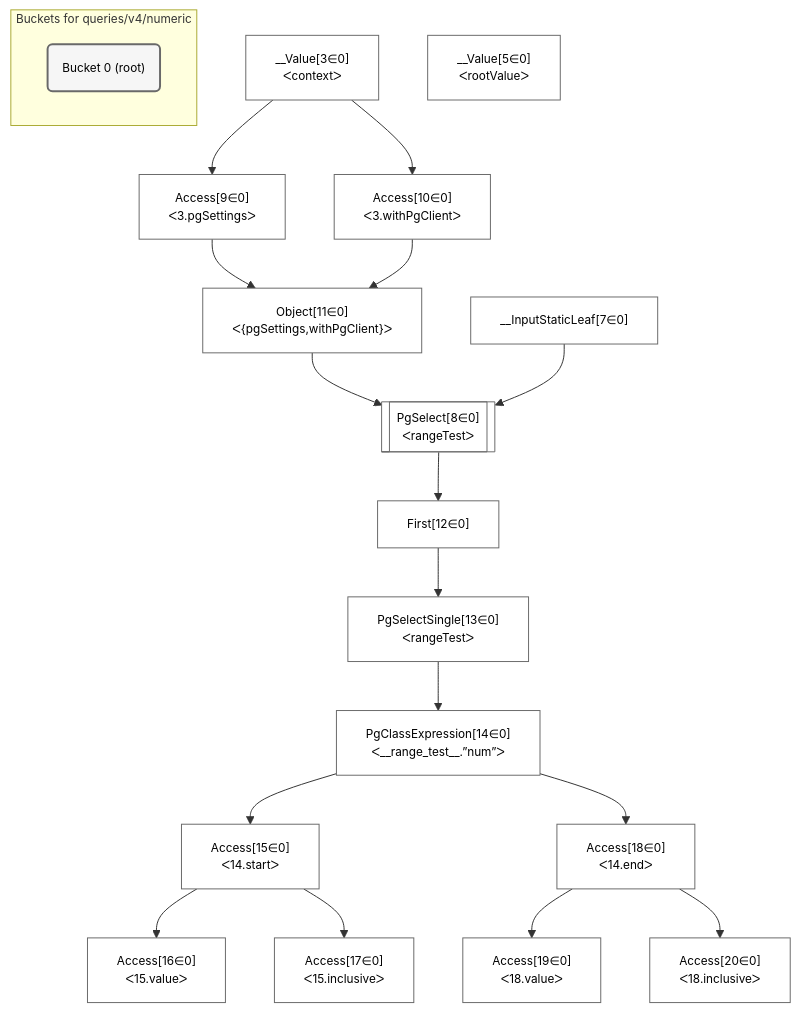
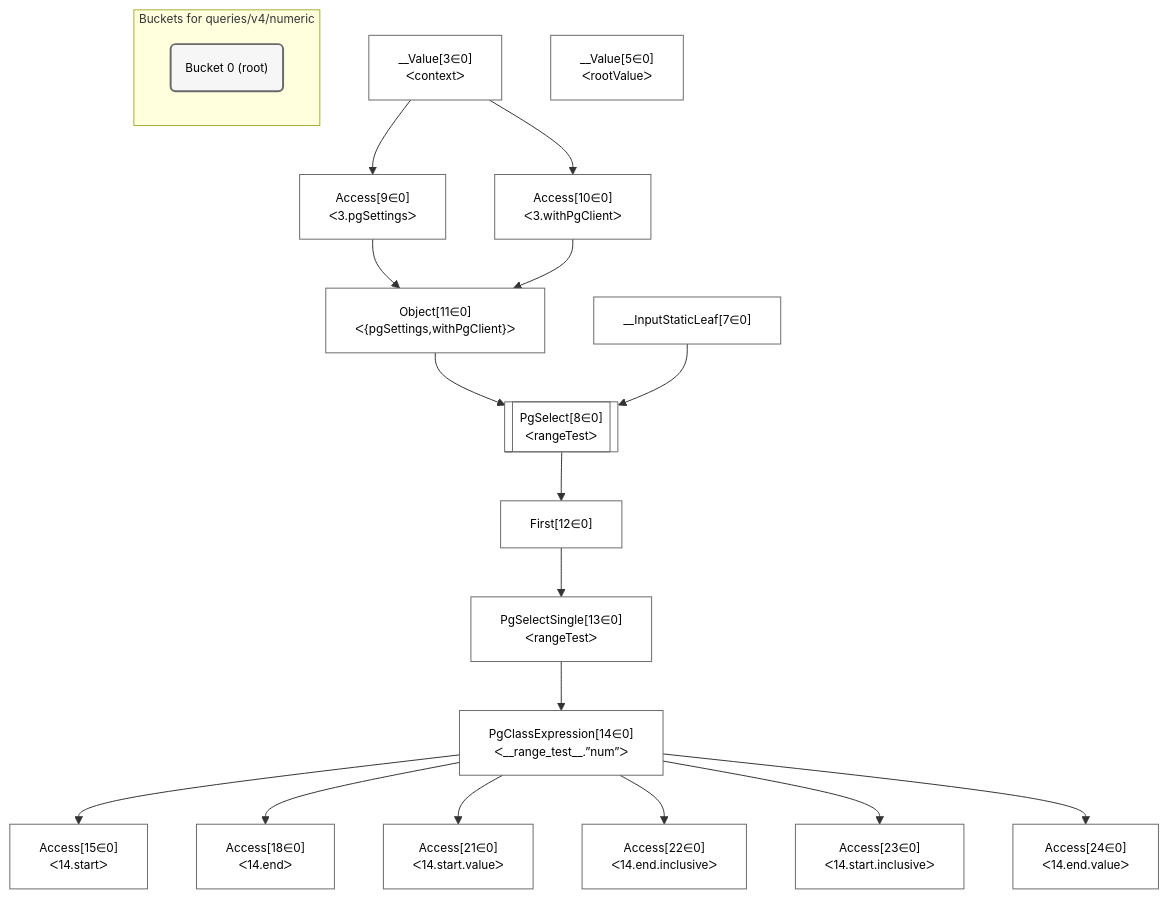
The diagram in postgraphile/postgraphile/__tests__/queries/v4/numeric.mermaid (graphile/crystal), drawn with Mermaid before and after one commit. The commit also changed 11 other files, not shown here.

Commit message:
Update mermaid plans

```diff
--- a/postgraphile/postgraphile/__tests__/queries/v4/numeric.mermaid
+++ b/postgraphile/postgraphile/__tests__/queries/v4/numeric.mermaid
@@ -1,47 +1,47 @@
 %%{init: {'themeVariables': { 'fontSize': '12px'}}}%%
 graph TD
     classDef path fill:#eee,stroke:#000,color:#000
     classDef plan fill:#fff,stroke-width:1px,color:#000
     classDef itemplan fill:#fff,stroke-width:2px,color:#000
     classDef sideeffectplan fill:#f00,stroke-width:2px,color:#000
     classDef bucket fill:#f6f6f6,color:#000,stroke-width:2px,text-align:left
 
 
     %% define steps
     __Value3["__Value[3∈0]<br />ᐸcontextᐳ"]:::plan
     __Value5["__Value[5∈0]<br />ᐸrootValueᐳ"]:::plan
     __InputStaticLeaf7["__InputStaticLeaf[7∈0]"]:::plan
     Access9["Access[9∈0]<br />ᐸ3.pgSettingsᐳ"]:::plan
     Access10["Access[10∈0]<br />ᐸ3.withPgClientᐳ"]:::plan
     Object11["Object[11∈0]<br />ᐸ{pgSettings,withPgClient}ᐳ"]:::plan
     PgSelect8[["PgSelect[8∈0]<br />ᐸrangeTestᐳ"]]:::plan
     First12["First[12∈0]"]:::plan
     PgSelectSingle13["PgSelectSingle[13∈0]<br />ᐸrangeTestᐳ"]:::plan
     PgClassExpression14["PgClassExpression[14∈0]<br />ᐸ__range_test__.”num”ᐳ"]:::plan
     Access15["Access[15∈0]<br />ᐸ14.startᐳ"]:::plan
-    Access16["Access[16∈0]<br />ᐸ15.valueᐳ"]:::plan
-    Access17["Access[17∈0]<br />ᐸ15.inclusiveᐳ"]:::plan
     Access18["Access[18∈0]<br />ᐸ14.endᐳ"]:::plan
-    Access19["Access[19∈0]<br />ᐸ18.valueᐳ"]:::plan
-    Access20["Access[20∈0]<br />ᐸ18.inclusiveᐳ"]:::plan
+    Access21["Access[21∈0]<br />ᐸ14.start.valueᐳ"]:::plan
+    Access22["Access[22∈0]<br />ᐸ14.end.inclusiveᐳ"]:::plan
+    Access23["Access[23∈0]<br />ᐸ14.start.inclusiveᐳ"]:::plan
+    Access24["Access[24∈0]<br />ᐸ14.end.valueᐳ"]:::plan
 
     %% plan dependencies
     __Value3 --> Access9
     __Value3 --> Access10
     Access9 & Access10 --> Object11
     Object11 & __InputStaticLeaf7 --> PgSelect8
     PgSelect8 --> First12
     First12 --> PgSelectSingle13
     PgSelectSingle13 --> PgClassExpression14
     PgClassExpression14 --> Access15
-    Access15 --> Access16
-    Access15 --> Access17
     PgClassExpression14 --> Access18
-    Access18 --> Access19
-    Access18 --> Access20
+    PgClassExpression14 --> Access21
+    PgClassExpression14 --> Access22
+    PgClassExpression14 --> Access23
+    PgClassExpression14 --> Access24
 
     subgraph "Buckets for queries/v4/numeric"
     Bucket0("Bucket 0 (root)"):::bucket
     classDef bucket0 stroke:#696969
-    class Bucket0,__Value3,__Value5,__InputStaticLeaf7,PgSelect8,Access9,Access10,Object11,First12,PgSelectSingle13,PgClassExpression14,Access15,Access16,Access17,Access18,Access19,Access20 bucket0
+    class Bucket0,__Value3,__Value5,__InputStaticLeaf7,PgSelect8,Access9,Access10,Object11,First12,PgSelectSingle13,PgClassExpression14,Access15,Access18,Access21,Access22,Access23,Access24 bucket0
     end
```
